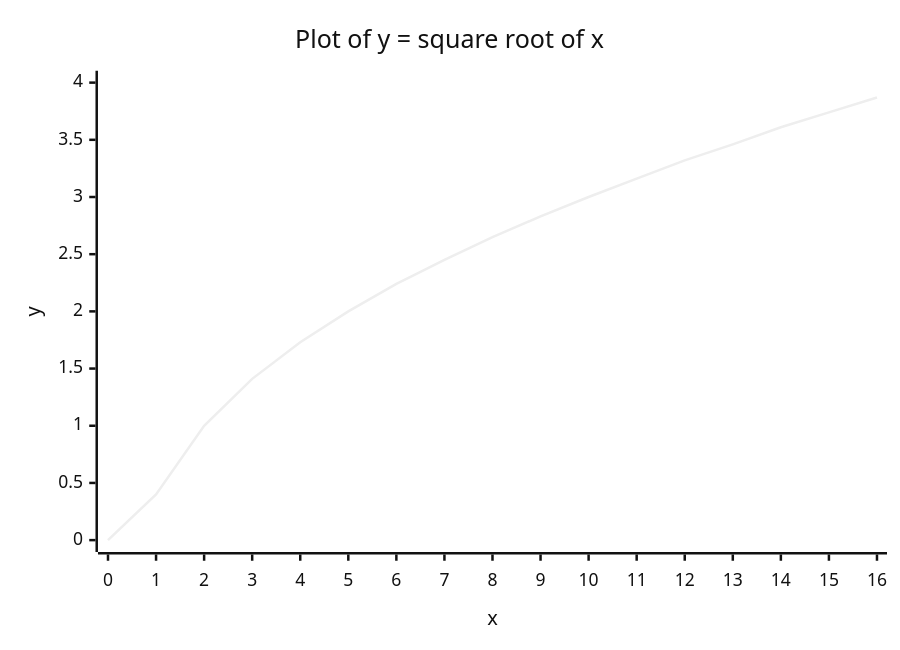
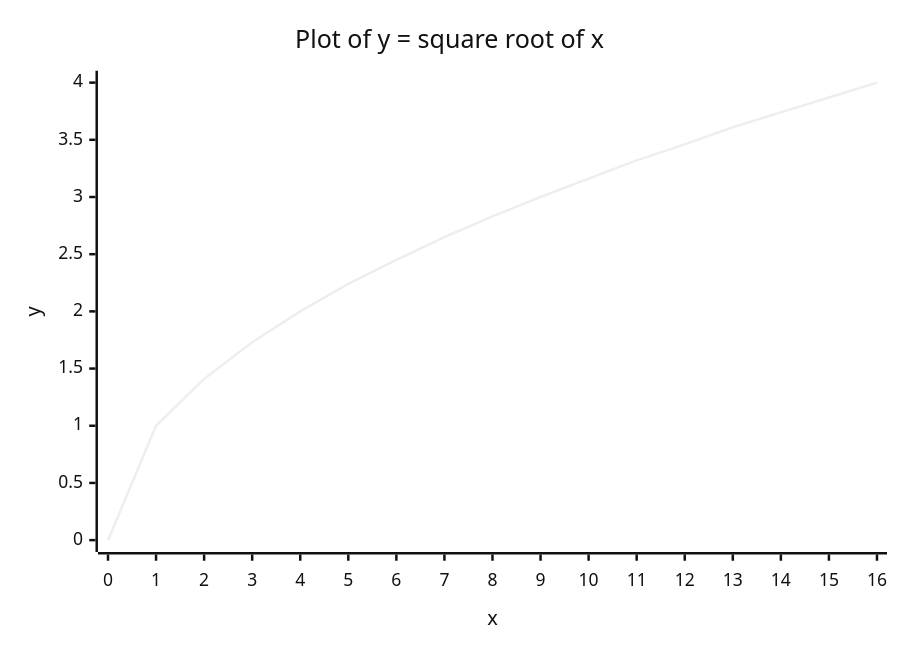
The diagram in README.md (wayne-whitley/simple-initial-repository), drawn with Mermaid (neutral theme) before and after one commit.

````diff
--- a/README.md
+++ b/README.md
@@ -7,7 +7,7 @@
 ```mermaid
 xychart-beta
     title "Plot of y = square root of x"
     x-axis "x" [0, 1, 2, 3, 4, 5, 6, 7, 8, 9, 10, 11, 12, 13, 14, 15, 16]
     y-axis "y" 0 --> 4
-    line [0.0, 0.4, 1.0, 1.41, 1.73, 2.0, 2.24, 2.45, 2.65, 2.83, 3.0, 3.16, 3.32, 3.46, 3.61, 3.74, 3.87, 4.0]
+    line [0.0, 1.0, 1.41, 1.73, 2.0, 2.24, 2.45, 2.65, 2.83, 3.0, 3.16, 3.32, 3.46, 3.61, 3.74, 3.87, 4.0]
 ```
````
